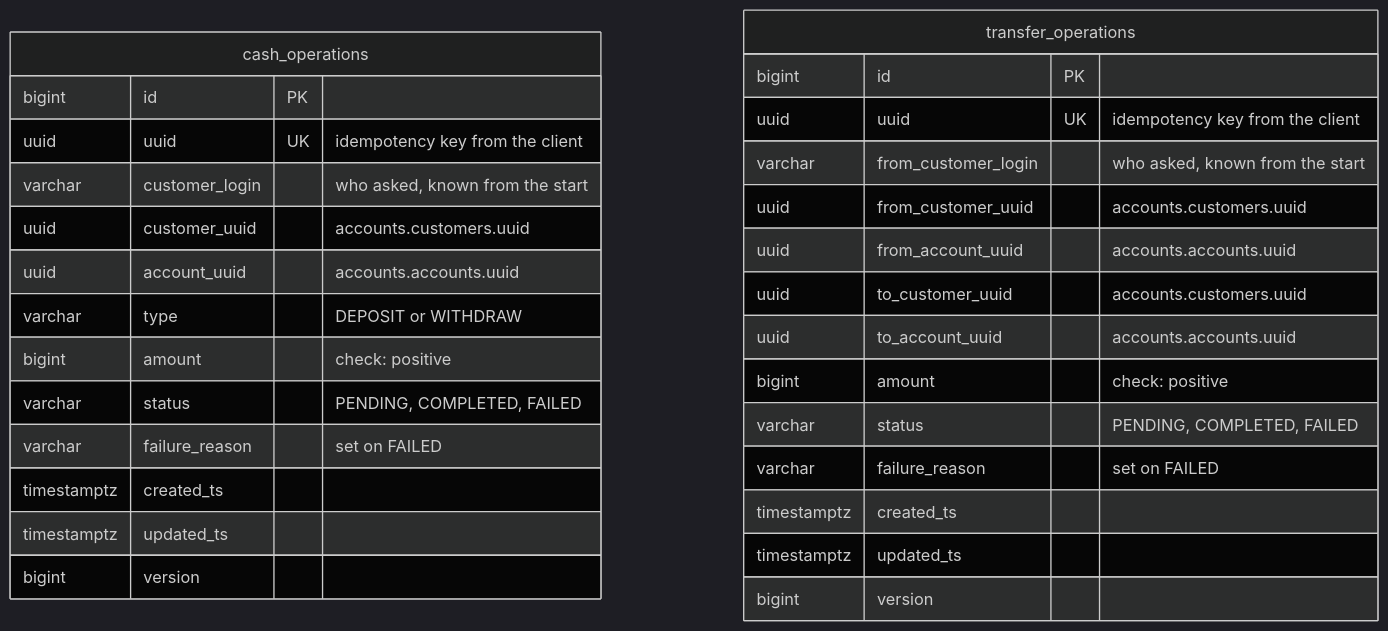
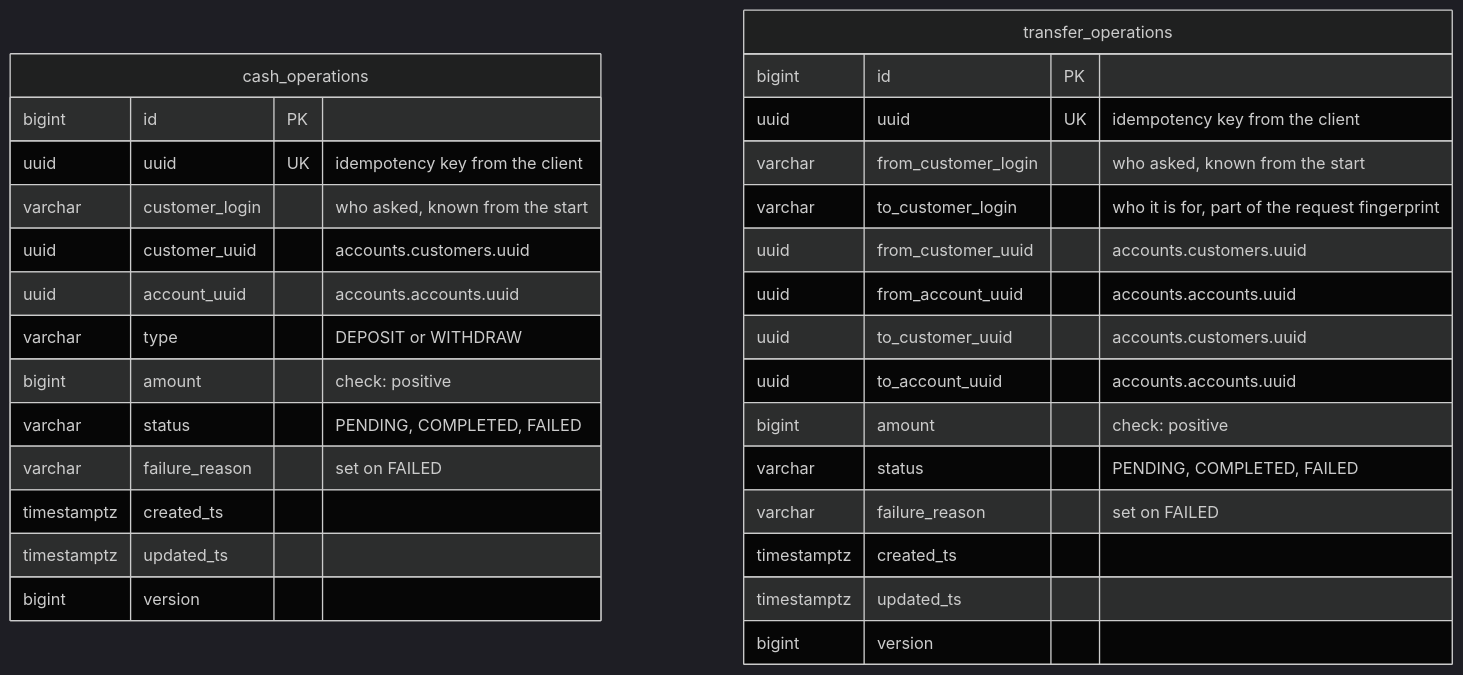
One commit to ubrnt/my-bank-app changed the third of 5 diagrams in README.md. Above: the diagram before and after it, drawn with Mermaid (dark theme). The commit also changed other lines of this file, not shown here.

````diff
--- a/README.md
+++ b/README.md
@@ -451,32 +453,33 @@
 ```mermaid
 erDiagram
     cash_operations {
         bigint id PK
         uuid uuid UK "idempotency key from the client"
         varchar customer_login "who asked, known from the start"
         uuid customer_uuid "accounts.customers.uuid"
         uuid account_uuid "accounts.accounts.uuid"
         varchar type "DEPOSIT or WITHDRAW"
         bigint amount "check: positive"
         varchar status "PENDING, COMPLETED, FAILED"
         varchar failure_reason "set on FAILED"
         timestamptz created_ts
         timestamptz updated_ts
         bigint version
     }
     transfer_operations {
         bigint id PK
         uuid uuid UK "idempotency key from the client"
         varchar from_customer_login "who asked, known from the start"
+        varchar to_customer_login "who it is for, part of the request fingerprint"
         uuid from_customer_uuid "accounts.customers.uuid"
         uuid from_account_uuid "accounts.accounts.uuid"
         uuid to_customer_uuid "accounts.customers.uuid"
         uuid to_account_uuid "accounts.accounts.uuid"
         bigint amount "check: positive"
         varchar status "PENDING, COMPLETED, FAILED"
         varchar failure_reason "set on FAILED"
         timestamptz created_ts
         timestamptz updated_ts
         bigint version
     }
 ```
````
